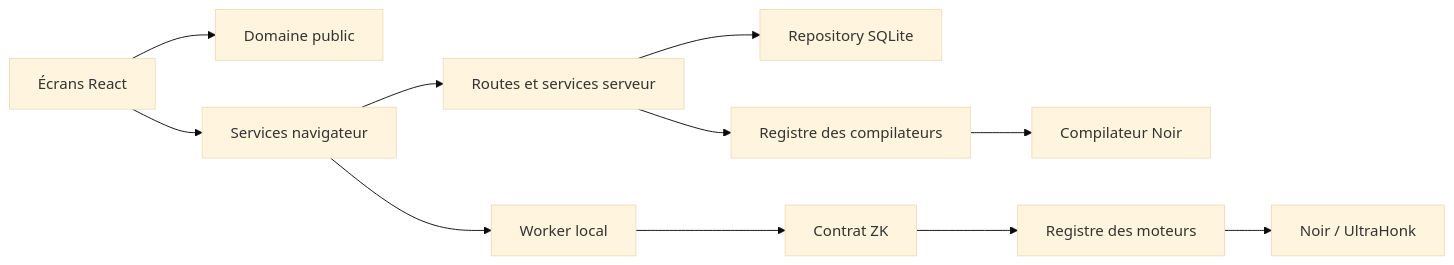
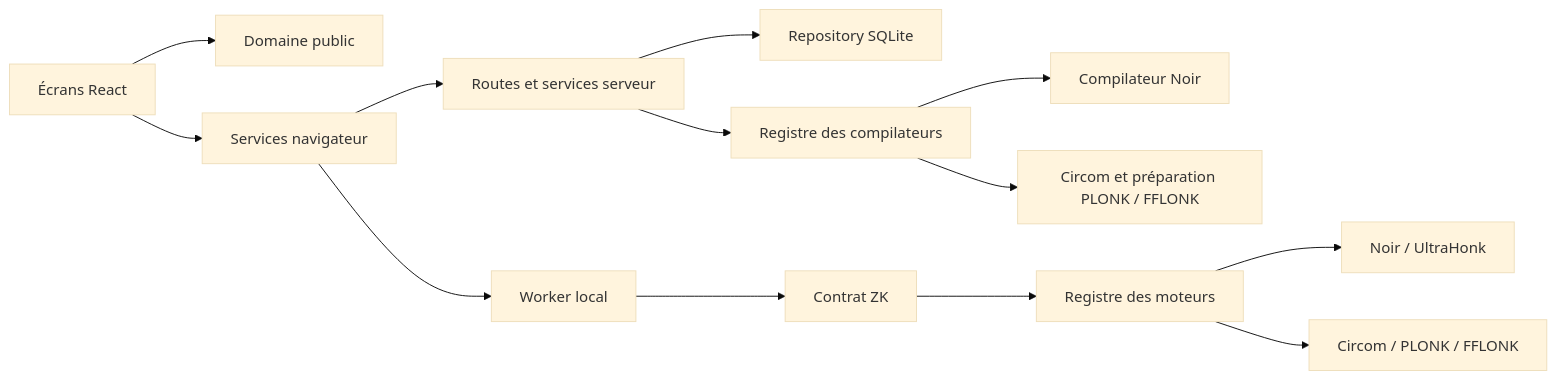
The diagram in docs/ARCHITECTURE.md (roab-912/SaaS-ZK), drawn with Mermaid (base theme) before and after one commit. The commit also changed other lines of this file and 42 other files, not shown here.

````diff
--- a/docs/ARCHITECTURE.md
+++ b/docs/ARCHITECTURE.md
@@ -20,13 +20,15 @@
 ```mermaid
 flowchart LR
   UI[Écrans React] --> Domain[Domaine public]
   UI --> Client[Services navigateur]
   Client --> HTTP[Routes et services serveur]
   HTTP --> Repo[Repository SQLite]
   HTTP --> Compiler[Registre des compilateurs]
   Compiler --> NoirCompiler[Compilateur Noir]
+  Compiler --> CircomCompiler[Circom et préparation PLONK / FFLONK]
   Client --> Worker[Worker local]
   Worker --> Operations[Contrat ZK]
   Operations --> Registry[Registre des moteurs]
   Registry --> NoirRuntime[Noir / UltraHonk]
+  Registry --> CircomRuntime[Circom / PLONK / FFLONK]
 ```
````
